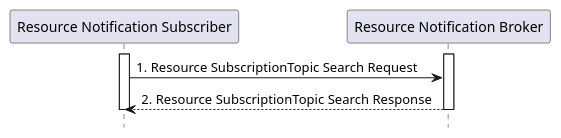
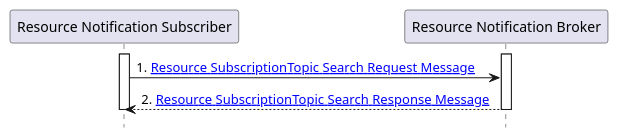
One commit to IHE/ITI.DSUBm changed the diagram in input/images-source/ITI-114-SubscriptionTopic-seq.plantuml. Above: the diagram before and after it, drawn with PlantUML. The commit also changed 8 other files, not shown here.

```diff
--- a/input/images-source/ITI-114-SubscriptionTopic-seq.plantuml
+++ b/input/images-source/ITI-114-SubscriptionTopic-seq.plantuml
@@ -1,16 +1,16 @@
 @startuml
 hide footbox
 participant "Resource Notification Subscriber" as  Subscriber
 participant "Resource Notification Broker" as  Broker
 
 
 
 activate Subscriber
 activate Broker
-Subscriber -> Broker : 1. Resource SubscriptionTopic Search Request 
-Broker --> Subscriber : 2. Resource SubscriptionTopic Search Response 
+Subscriber -> Broker : 1. [[ITI-114.html#231145-resource-subscriptionTopic-search-request-message Resource SubscriptionTopic Search Request Message]]
+Broker --> Subscriber : 2. [[ITI-114.html#231146-resource-subscriptionTopic-search-response-message Resource SubscriptionTopic Search Response Message]]
 
 deactivate Broker
 deactivate Subscriber
 
 @enduml
```
